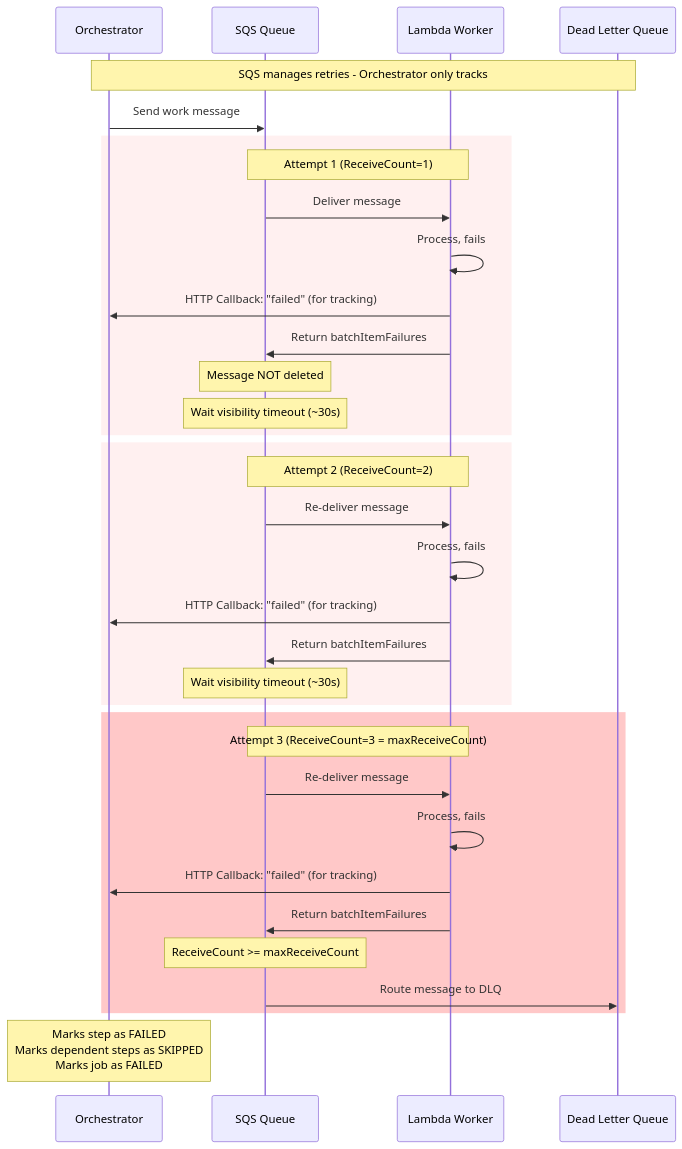
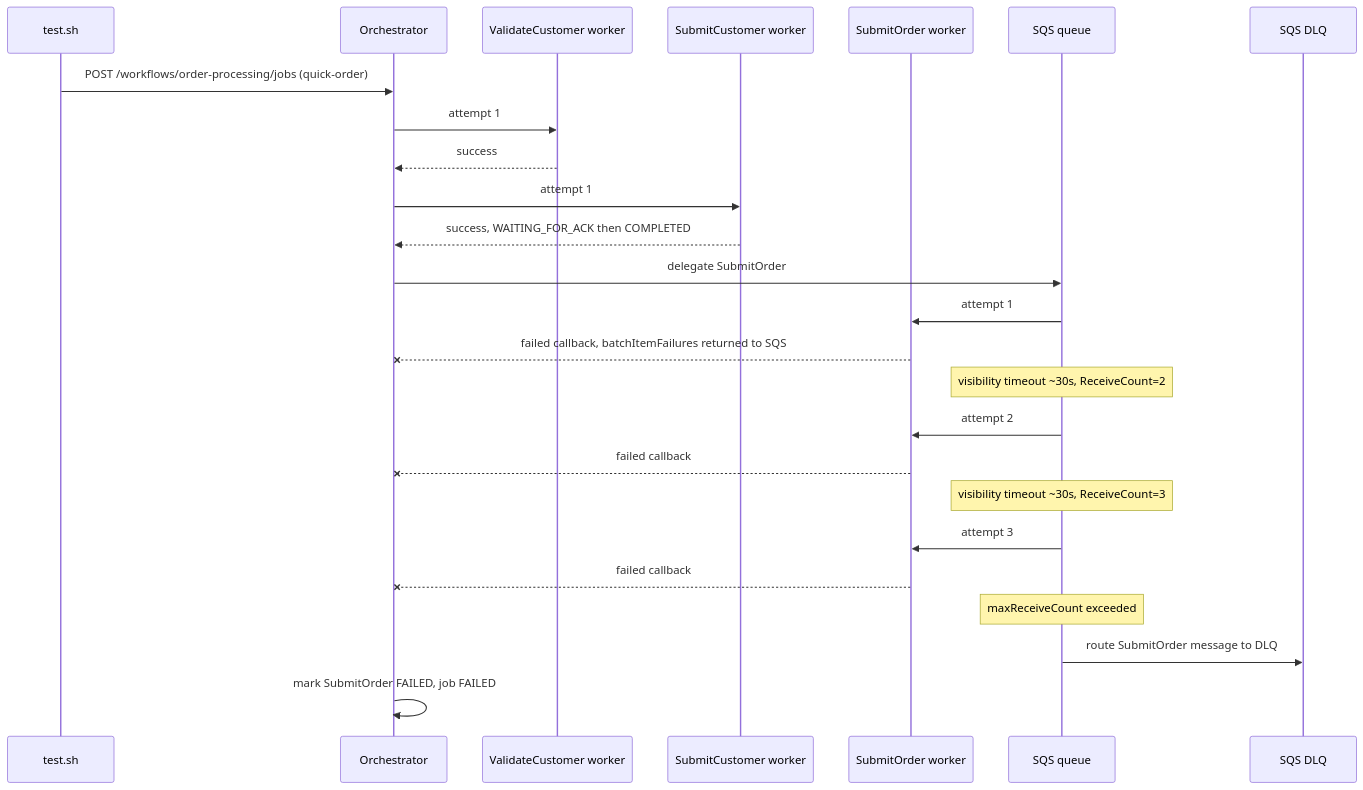
The diagram in setpoint-evals/SE-02-dlq-permanent-failure/README.md (inctasoft/setpoint-evals-dtm-examples), drawn with Mermaid before and after one commit. The commit also changed other lines of this file and 12 other files, not shown here.

````diff
--- a/setpoint-evals/SE-02-dlq-permanent-failure/README.md
+++ b/setpoint-evals/SE-02-dlq-permanent-failure/README.md
@@ -21,42 +23,29 @@
 ```mermaid
 sequenceDiagram
-    participant ORCH as Orchestrator
-    participant SQS as SQS Queue
-    participant LAMBDA as Lambda Worker
-    participant DLQ as Dead Letter Queue
+    participant T as test.sh
+    participant O as Orchestrator
+    participant VC as ValidateCustomer worker
+    participant SC as SubmitCustomer worker
+    participant SO as SubmitOrder worker
+    participant Q as SQS queue
+    participant DLQ as SQS DLQ
 
-    Note over ORCH,DLQ: SQS manages retries - Orchestrator only tracks
+    T->>O: POST /workflows/order-processing/jobs (quick-order)
+    O->>VC: attempt 1
+    VC-->>O: success
+    O->>SC: attempt 1
+    SC-->>O: success, WAITING_FOR_ACK then COMPLETED
 
-    ORCH->>SQS: Send work message
-    
-    rect rgb(255, 240, 240)
-        Note over SQS,LAMBDA: Attempt 1 (ReceiveCount=1)
-        SQS->>LAMBDA: Deliver message
-        LAMBDA->>LAMBDA: Process, fails
-        LAMBDA->>ORCH: HTTP Callback: "failed" (for tracking)
-        LAMBDA->>SQS: Return batchItemFailures
-        Note over SQS: Message NOT deleted
-        Note over SQS: Wait visibility timeout (~30s)
-    end
-    
-    rect rgb(255, 240, 240)
-        Note over SQS,LAMBDA: Attempt 2 (ReceiveCount=2)
-        SQS->>LAMBDA: Re-deliver message
-        LAMBDA->>LAMBDA: Process, fails
-        LAMBDA->>ORCH: HTTP Callback: "failed" (for tracking)
-        LAMBDA->>SQS: Return batchItemFailures
-        Note over SQS: Wait visibility timeout (~30s)
-    end
-    
-    rect rgb(255, 200, 200)
-        Note over SQS,LAMBDA: Attempt 3 (ReceiveCount=3 = maxReceiveCount)
-        SQS->>LAMBDA: Re-deliver message
-        LAMBDA->>LAMBDA: Process, fails
-        LAMBDA->>ORCH: HTTP Callback: "failed" (for tracking)
-        LAMBDA->>SQS: Return batchItemFailures
-        Note over SQS: ReceiveCount >= maxReceiveCount
-        SQS->>DLQ: Route message to DLQ
-    end
-    
-    Note over ORCH: Marks step as FAILED<br/>Marks dependent steps as SKIPPED<br/>Marks job as FAILED
+    O->>Q: delegate SubmitOrder
+    Q->>SO: attempt 1
+    SO--xO: failed callback, batchItemFailures returned to SQS
+    Note over Q: visibility timeout ~30s, ReceiveCount=2
+    Q->>SO: attempt 2
+    SO--xO: failed callback
+    Note over Q: visibility timeout ~30s, ReceiveCount=3
+    Q->>SO: attempt 3
+    SO--xO: failed callback
+    Note over Q: maxReceiveCount exceeded
+    Q->>DLQ: route SubmitOrder message to DLQ
+    O->>O: mark SubmitOrder FAILED, job FAILED
 ```
````
